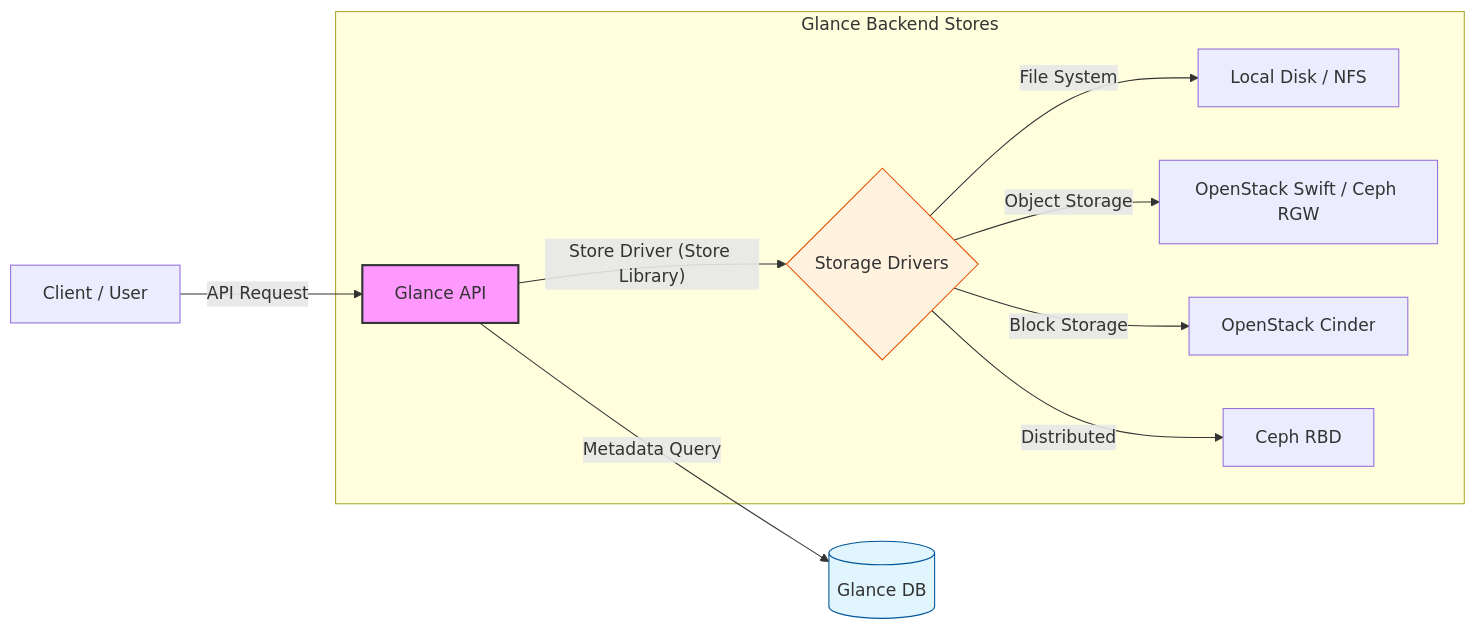
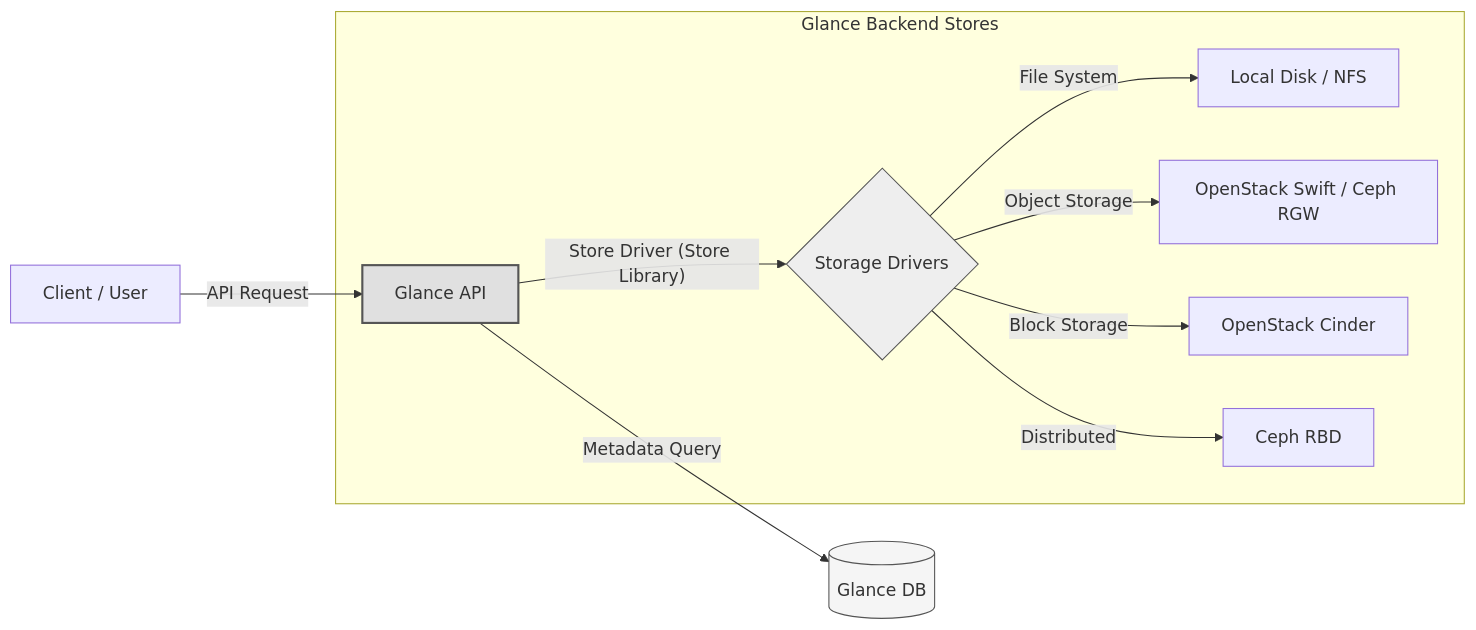
Before and after one commit to openstack-kr/openstack-book: the diagram in lectures/ch5/ch5_3_lec.qmd, drawn with Mermaid. The commit also changed other lines of this file, not shown here.

First line of the commit message:
docs(ch5-3): 스타일 가이드 피드백 반영

````diff
--- a/lectures/ch5/ch5_3_lec.qmd
+++ b/lectures/ch5/ch5_3_lec.qmd
@@ -15,18 +20,17 @@
-```{mermaid}
+```mermaid
 graph LR
-    User[Client / User] -- API Request --> G_API[Glance API] 
-    G_API -- Metadata Query --> G_DB[(Glance DB)] 
+    User[Client / User] -- API Request --> G_API[Glance API]
+    G_API -- Metadata Query --> G_DB[(Glance DB)]
 
     subgraph "Glance Backend Stores"
         G_API -- "Store Driver (Store Library)" --> Drivers{Storage Drivers}
         Drivers -- File System --> Local[Local Disk / NFS]
         Drivers -- Object Storage --> Swift[OpenStack Swift / Ceph RGW]
         Drivers -- Block Storage --> Cinder[OpenStack Cinder]
         Drivers -- Distributed --> Ceph[Ceph RBD]
     end
 
-    %% 스타일 정의
-    style G_API fill:#f9f,stroke:#333,stroke-width:2px
-    style G_DB fill:#e1f5fe,stroke:#01579b
-    style Drivers fill:#fff3e0,stroke:#e65100
+    style G_API fill:#e0e0e0,stroke:#555,stroke-width:2px
+    style G_DB fill:#f5f5f5,stroke:#555
+    style Drivers fill:#eeeeee,stroke:#555
 ```
````
